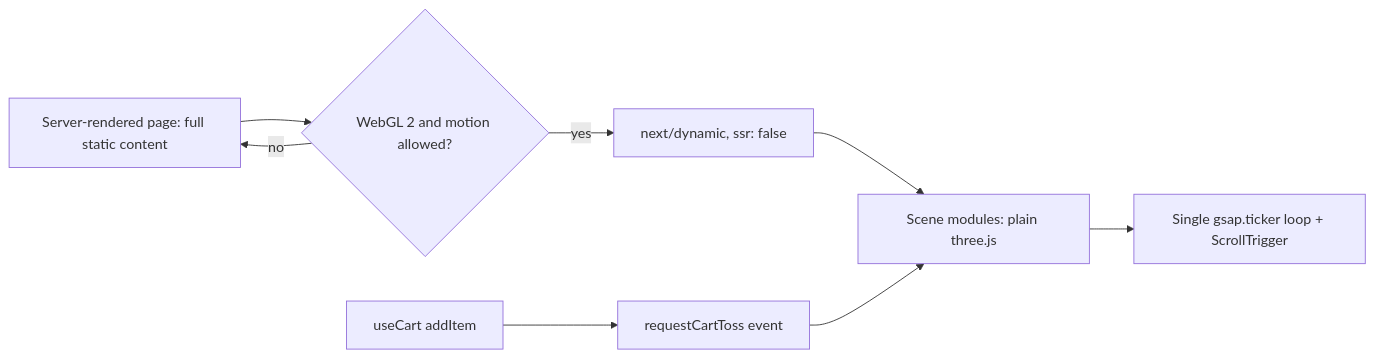
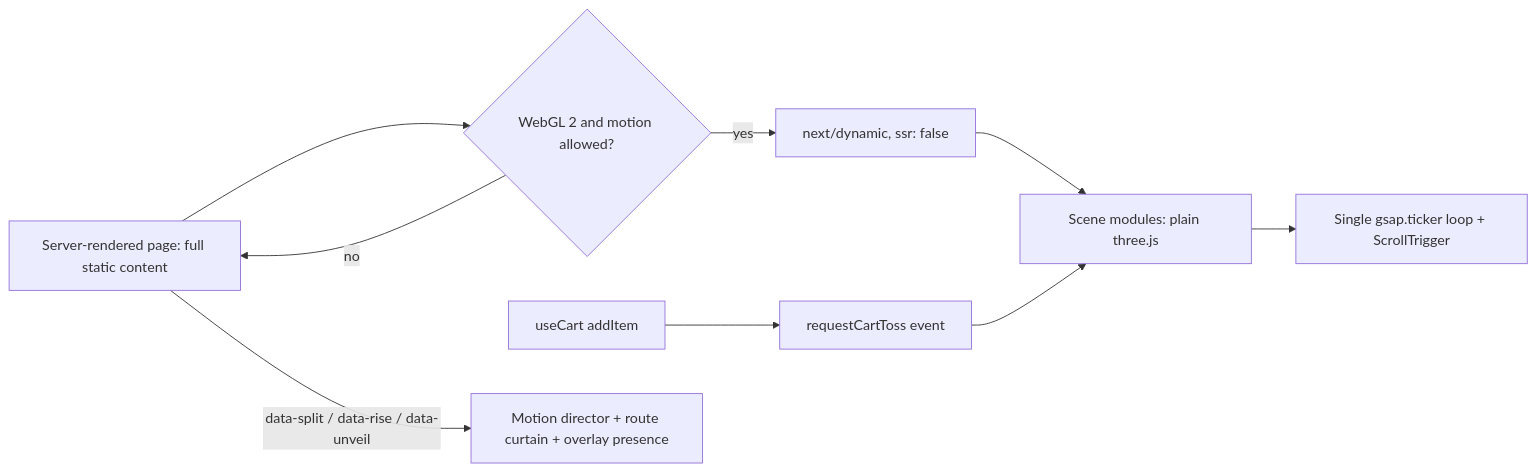
One commit to eendor/Brew-ni-Cat-Connect changed the sixth of 6 diagrams in docs/system-architecture.md. Above: the diagram before and after it, drawn with Mermaid. The commit also changed other lines of this file and 4 other files, not shown here.

````diff
--- a/docs/system-architecture.md
+++ b/docs/system-architecture.md
@@ -454,16 +454,18 @@
 ```mermaid
 flowchart LR
     Page[Server-rendered page: full static content]
     Gate{WebGL 2 and motion allowed?}
     Dyn[next/dynamic, ssr: false]
     Scenes[Scene modules: plain three.js]
     Ticker[Single gsap.ticker loop + ScrollTrigger]
     Cart[useCart addItem]
     Toss[requestCartToss event]
+    Motion[Motion director + route curtain + overlay presence]
 
     Page --> Gate
     Gate -- no --> Page
     Gate -- yes --> Dyn --> Scenes
     Scenes --> Ticker
     Cart --> Toss --> Scenes
+    Page -- data-split / data-rise / data-unveil --> Motion
 ```
````
